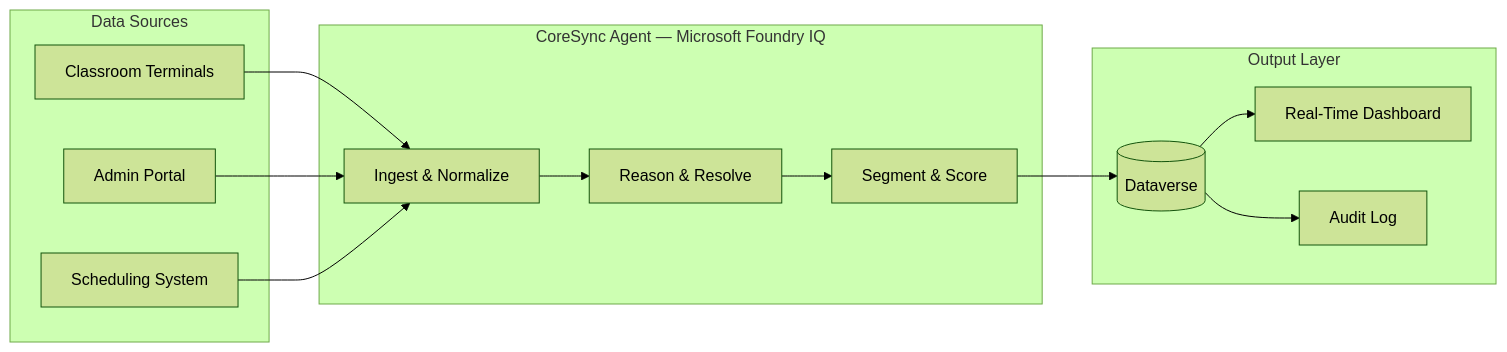
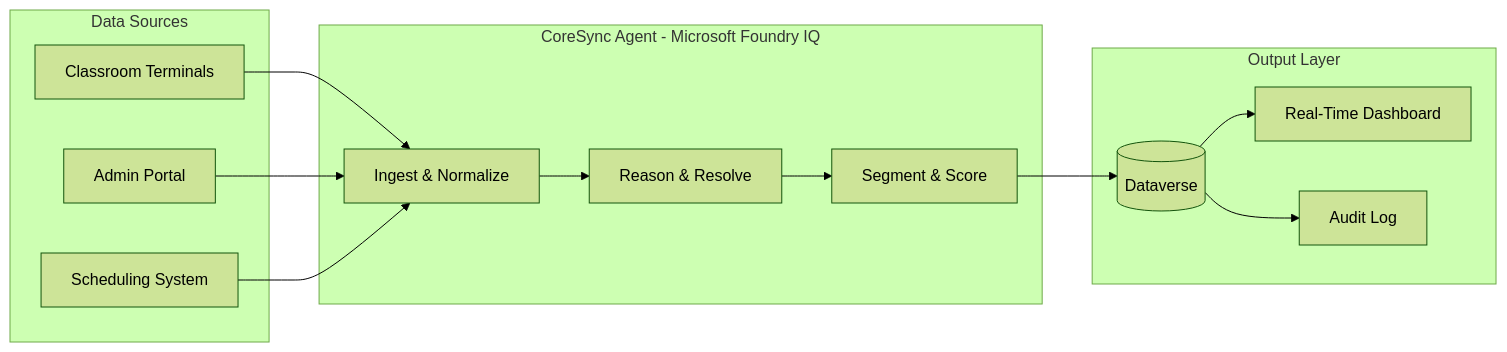
Before and after one commit to tomasgz7/CoreSync: the diagram in README.md, drawn with Mermaid (forest theme). The commit also changed other lines of this file, not shown here.

````diff
--- a/README.md
+++ b/README.md
@@ -94,29 +94,29 @@
 ```mermaid
 flowchart LR
-    subgraph Sources[" Data Sources"]
+    subgraph Sources["Data Sources"]
         A[Classroom Terminals]
         B[Admin Portal]
         C[Scheduling System]
     end
 
-    subgraph Agent[" CoreSync Agent — Microsoft Foundry IQ"]
+    subgraph Agent["CoreSync Agent - Microsoft Foundry IQ"]
         D[Ingest & Normalize]
         E[Reason & Resolve]
         F[Segment & Score]
     end
 
-    subgraph Output[" Output Layer"]
+    subgraph Output["Output Layer"]
         G[(Dataverse)]
         H[Real-Time Dashboard]
         I[Audit Log]
     end
 
     A --> D
     B --> D
     C --> D
     D --> E
     E --> F
     F --> G
     G --> H
     G --> I
 ```
````
